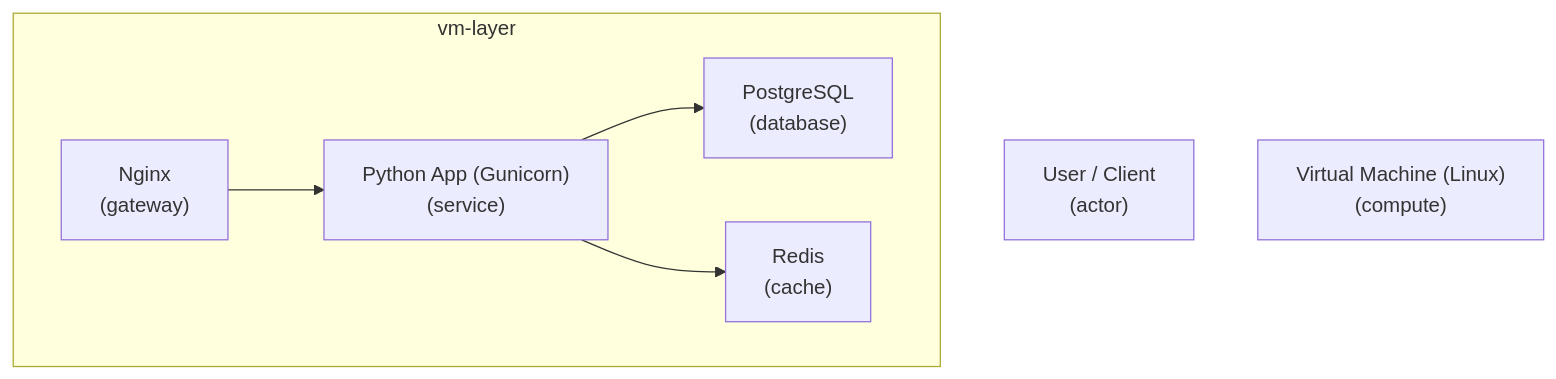
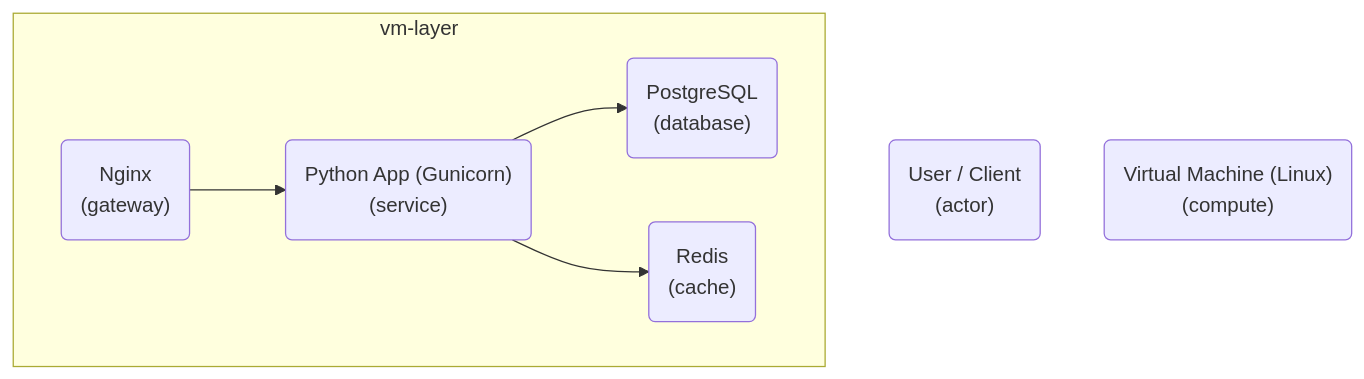
Before and after one commit to casualuser/casualuser.github.io: the diagram in _site/blueprints/startup-vm-python.mmd, drawn with Mermaid. The commit also changed 17 other files, not shown here.

Commit message:
refactor: update Mermaid diagram node syntax from square brackets to parentheses.

```diff
--- a/_site/blueprints/startup-vm-python.mmd
+++ b/_site/blueprints/startup-vm-python.mmd
@@ -1,17 +1,17 @@
 %% Autogenerated startup-vm-python
 graph TD
-  user["User / Client<br/>(actor)"]
-  host["Virtual Machine (Linux)<br/>(compute)"]
-  nginx["Nginx<br/>(gateway)"]
-  app["Python App (Gunicorn)<br/>(service)"]
-  db["PostgreSQL<br/>(database)"]
-  redis["Redis<br/>(cache)"]
+  user("User / Client<br/>(actor)")
+  host("Virtual Machine (Linux)<br/>(compute)")
+  nginx("Nginx<br/>(gateway)")
+  app("Python App (Gunicorn)<br/>(service)")
+  db("PostgreSQL<br/>(database)")
+  redis("Redis<br/>(cache)")
   nginx --> app
   app --> db
   app --> redis
   subgraph vm-layer
     nginx
     app
     db
     redis
   end
```
